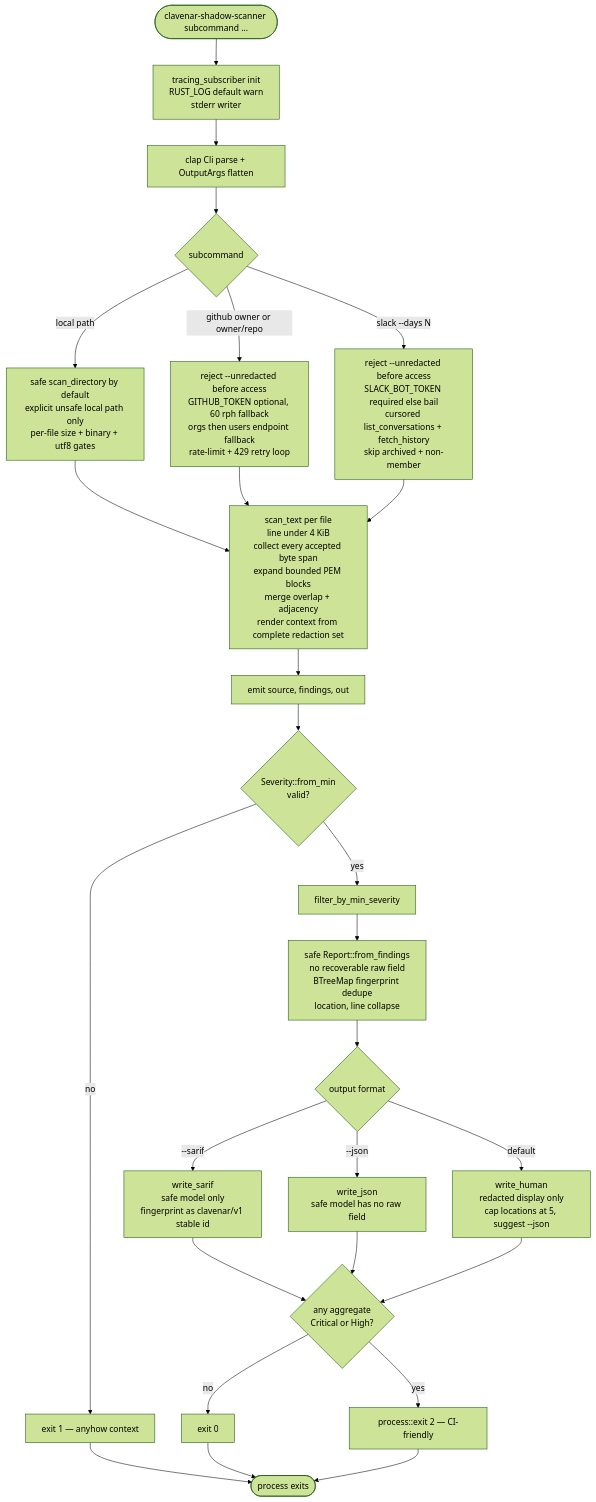
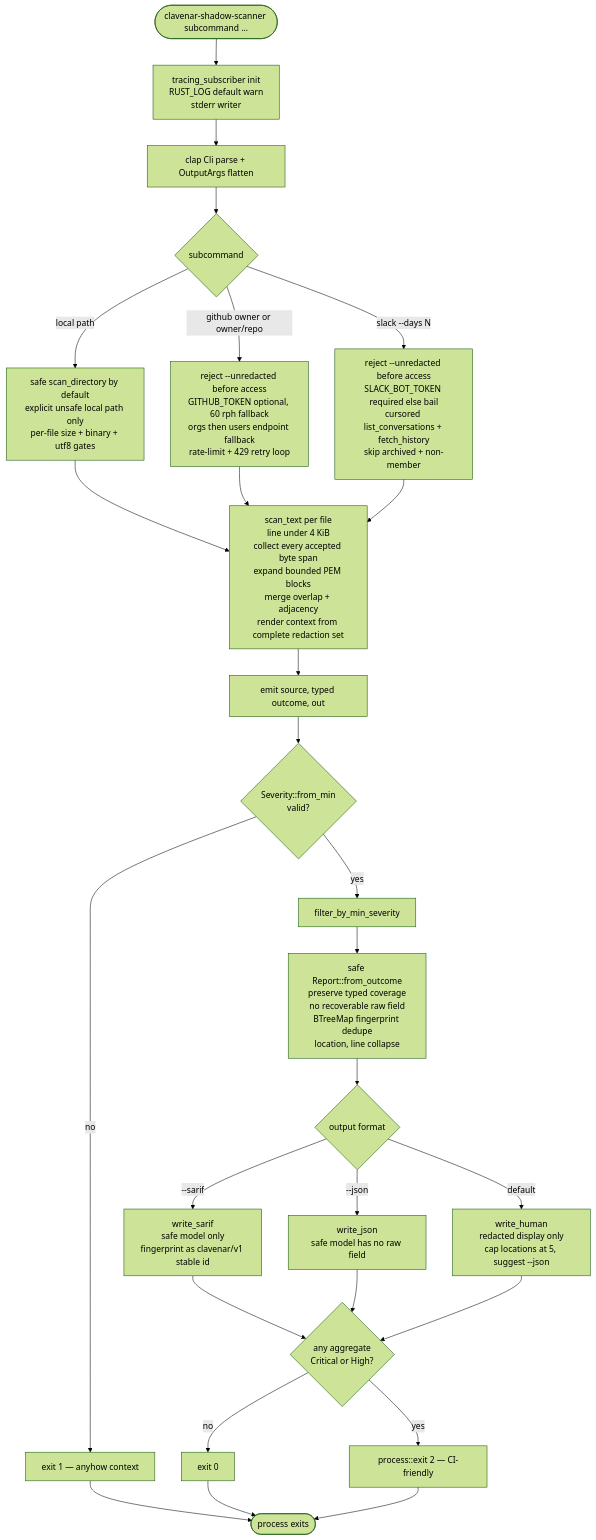
Before and after one commit to clavenar/clavenar-shadow-scanner: the sixth of 6 diagrams in docs/SEQUENCES.md, drawn with Mermaid (forest theme). The commit also changed other lines of this file and 15 other files, not shown here.

Commit message:
return typed source coverage outcomes

````diff
--- a/docs/SEQUENCES.md
+++ b/docs/SEQUENCES.md
@@ -397,35 +397,35 @@
 ```mermaid
 flowchart TD
     Start([clavenar-shadow-scanner subcommand ...]) --> Tracing[tracing_subscriber init<br/>RUST_LOG default warn<br/>stderr writer]
     Tracing --> Parse[clap Cli parse + OutputArgs flatten]
     Parse --> Sub{subcommand}
 
     Sub -->|local path| L[safe scan_directory by default<br/>explicit unsafe local path only<br/>per-file size + binary + utf8 gates]
     Sub -->|github owner or owner/repo| G[reject --unredacted before access<br/>GITHUB_TOKEN optional, 60 rph fallback<br/>orgs then users endpoint fallback<br/>rate-limit + 429 retry loop]
     Sub -->|slack --days N| S[reject --unredacted before access<br/>SLACK_BOT_TOKEN required else bail<br/>cursored list_conversations + fetch_history<br/>skip archived + non-member]
 
     L --> Det[scan_text per file<br/>line under 4 KiB<br/>collect every accepted byte span<br/>expand bounded PEM blocks<br/>merge overlap + adjacency<br/>render context from complete redaction set]
     G --> Det
     S --> Det
 
-    Det --> Emit[emit source, findings, out]
+    Det --> Emit[emit source, typed outcome, out]
     Emit --> SevMin{Severity::from_min<br/>valid?}
     SevMin -->|no| Err1[exit 1 — anyhow context]
     SevMin -->|yes| Filter[filter_by_min_severity]
-    Filter --> Build[safe Report::from_findings<br/>no recoverable raw field<br/>BTreeMap fingerprint dedupe<br/>location, line collapse]
+    Filter --> Build[safe Report::from_outcome<br/>preserve typed coverage<br/>no recoverable raw field<br/>BTreeMap fingerprint dedupe<br/>location, line collapse]
 
     Build --> Fmt{output format}
     Fmt -->|--sarif| Sarif[write_sarif<br/>safe model only<br/>fingerprint as clavenar/v1 stable id]
     Fmt -->|--json| Json[write_json<br/>safe model has no raw field]
     Fmt -->|default| Human[write_human<br/>redacted display only<br/>cap locations at 5, suggest --json]
 
     Sarif --> AnyHigh{any aggregate<br/>Critical or High?}
     Json --> AnyHigh
     Human --> AnyHigh
     AnyHigh -->|yes| E2[process::exit 2 — CI-friendly]
     AnyHigh -->|no| E0[exit 0]
 
     Err1 --> End([process exits])
     E0 --> End
     E2 --> End
 ```
````
